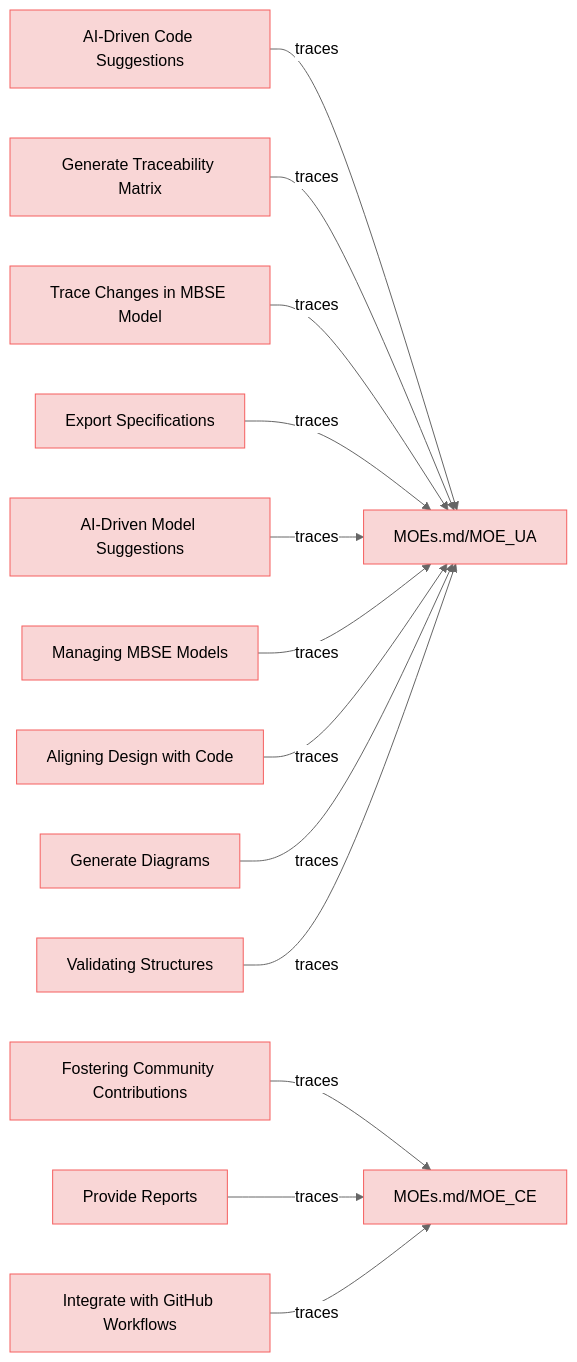
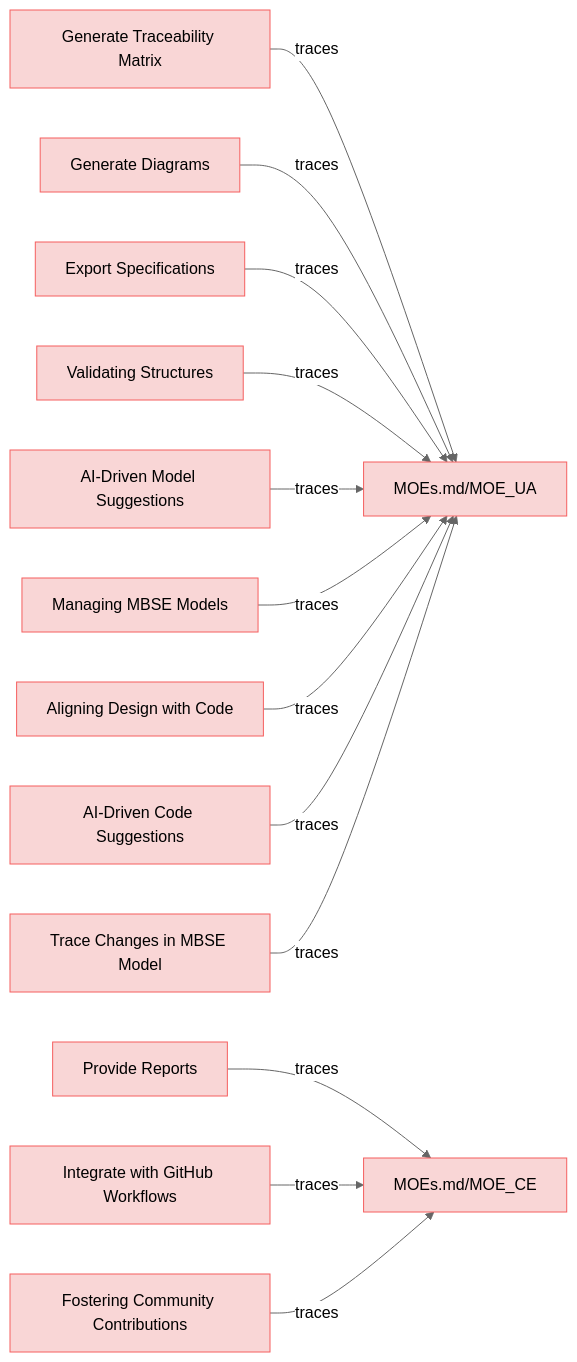
Before and after one commit to reqvire-org/reqvire: the diagram in specifications/UserStories.md, drawn with Mermaid (neutral theme). The commit also changed other lines of this file and 5 other files, not shown here.

Commit message:
Updates spec with diagrams

````diff
--- a/specifications/UserStories.md
+++ b/specifications/UserStories.md
@@ -10,63 +10,63 @@
 ```mermaid
 graph LR;
   %% Graph styling
   classDef requirement fill:#f9d6d6,stroke:#f55f5f,stroke-width:1px;
   classDef verification fill:#d6f9d6,stroke:#5fd75f,stroke-width:1px;
   classDef externalLink fill:#d0e0ff,stroke:#3080ff,stroke-width:1px;
   classDef default fill:#f5f5f5,stroke:#333333,stroke-width:1px;
 
-  a4657fca5a["AI-Driven Code Suggestions"];
-  click a4657fca5a "UserStories.md#ai-driven-code-suggestions";
-  class a4657fca5a requirement;
+  e4eb5bf7e5["Generate Traceability Matrix"];
+  click e4eb5bf7e5 "UserStories.md#generate-traceability-matrix";
+  class e4eb5bf7e5 requirement;
   f6237e49f7["MOEs.md/MOE_UA"];
   class f6237e49f7 requirement;
   click f6237e49f7 "MOEs.md#moe_ua";
-  a4657fca5a -->|traces| f6237e49f7;
-  e4eb5bf7e5["Generate Traceability Matrix"];
-  click e4eb5bf7e5 "UserStories.md#generate-traceability-matrix";
-  class e4eb5bf7e5 requirement;
   e4eb5bf7e5 -->|traces| f6237e49f7;
-  36d8b2eb16["Trace Changes in MBSE Model"];
-  click 36d8b2eb16 "UserStories.md#trace-changes-in-mbse-model";
-  class 36d8b2eb16 requirement;
-  36d8b2eb16 -->|traces| f6237e49f7;
+  cf0026c2fe["Generate Diagrams"];
+  click cf0026c2fe "UserStories.md#generate-diagrams";
+  class cf0026c2fe requirement;
+  cf0026c2fe -->|traces| f6237e49f7;
+  fe32882ee2["Provide Reports"];
+  click fe32882ee2 "UserStories.md#provide-reports";
+  class fe32882ee2 requirement;
+  b3f57e49f7["MOEs.md/MOE_CE"];
+  class b3f57e49f7 requirement;
+  click b3f57e49f7 "MOEs.md#moe_ce";
+  fe32882ee2 -->|traces| b3f57e49f7;
   100197ce81["Export Specifications"];
   click 100197ce81 "UserStories.md#export-specifications";
   class 100197ce81 requirement;
   100197ce81 -->|traces| f6237e49f7;
-  6912d98267["AI-Driven Model Suggestions"];
-  click 6912d98267 "UserStories.md#ai-driven-model-suggestions";
-  class 6912d98267 requirement;
-  6912d98267 -->|traces| f6237e49f7;
-  cdc9a9c908["Fostering Community Contributions"];
-  click cdc9a9c908 "UserStories.md#fostering-community-contributions";
-  class cdc9a9c908 requirement;
-  b3f57e49f7["MOEs.md/MOE_CE"];
-  class b3f57e49f7 requirement;
-  click b3f57e49f7 "MOEs.md#moe_ce";
-  cdc9a9c908 -->|traces| b3f57e49f7;
-  852dea6cfe["Managing MBSE Models"];
-  click 852dea6cfe "UserStories.md#managing-mbse-models";
-  class 852dea6cfe requirement;
-  852dea6cfe -->|traces| f6237e49f7;
-  de2d3516cd["Aligning Design with Code"];
-  click de2d3516cd "UserStories.md#aligning-design-with-code";
-  class de2d3516cd requirement;
-  de2d3516cd -->|traces| f6237e49f7;
-  fe32882ee2["Provide Reports"];
-  click fe32882ee2 "UserStories.md#provide-reports";
-  class fe32882ee2 requirement;
-  fe32882ee2 -->|traces| b3f57e49f7;
-  cf0026c2fe["Generate Diagrams"];
-  click cf0026c2fe "UserStories.md#generate-diagrams";
-  class cf0026c2fe requirement;
-  cf0026c2fe -->|traces| f6237e49f7;
   a60d88b6e2["Validating Structures"];
   click a60d88b6e2 "UserStories.md#validating-structures";
   class a60d88b6e2 requirement;
   a60d88b6e2 -->|traces| f6237e49f7;
   ba120b7caf["Integrate with GitHub Workflows"];
   click ba120b7caf "UserStories.md#integrate-with-github-workflows";
   class ba120b7caf requirement;
   ba120b7caf -->|traces| b3f57e49f7;
+  6912d98267["AI-Driven Model Suggestions"];
+  click 6912d98267 "UserStories.md#ai-driven-model-suggestions";
+  class 6912d98267 requirement;
+  6912d98267 -->|traces| f6237e49f7;
+  852dea6cfe["Managing MBSE Models"];
+  click 852dea6cfe "UserStories.md#managing-mbse-models";
+  class 852dea6cfe requirement;
+  852dea6cfe -->|traces| f6237e49f7;
+  cdc9a9c908["Fostering Community Contributions"];
+  click cdc9a9c908 "UserStories.md#fostering-community-contributions";
+  class cdc9a9c908 requirement;
+  cdc9a9c908 -->|traces| b3f57e49f7;
+  de2d3516cd["Aligning Design with Code"];
+  click de2d3516cd "UserStories.md#aligning-design-with-code";
+  class de2d3516cd requirement;
+  de2d3516cd -->|traces| f6237e49f7;
+  a4657fca5a["AI-Driven Code Suggestions"];
+  click a4657fca5a "UserStories.md#ai-driven-code-suggestions";
+  class a4657fca5a requirement;
+  a4657fca5a -->|traces| f6237e49f7;
+  36d8b2eb16["Trace Changes in MBSE Model"];
+  click 36d8b2eb16 "UserStories.md#trace-changes-in-mbse-model";
+  class 36d8b2eb16 requirement;
+  36d8b2eb16 -->|traces| f6237e49f7;
 ```
````
